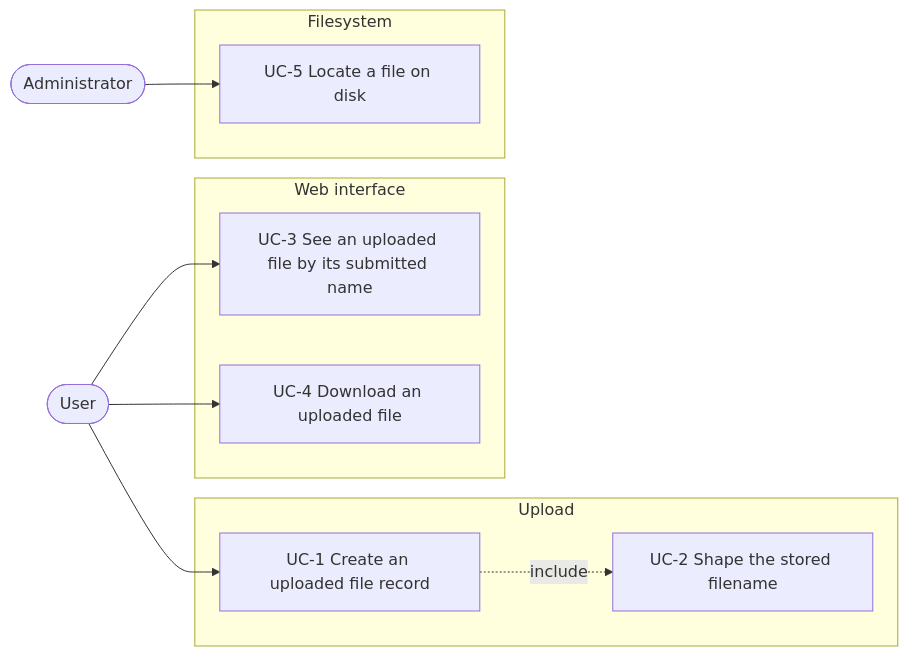
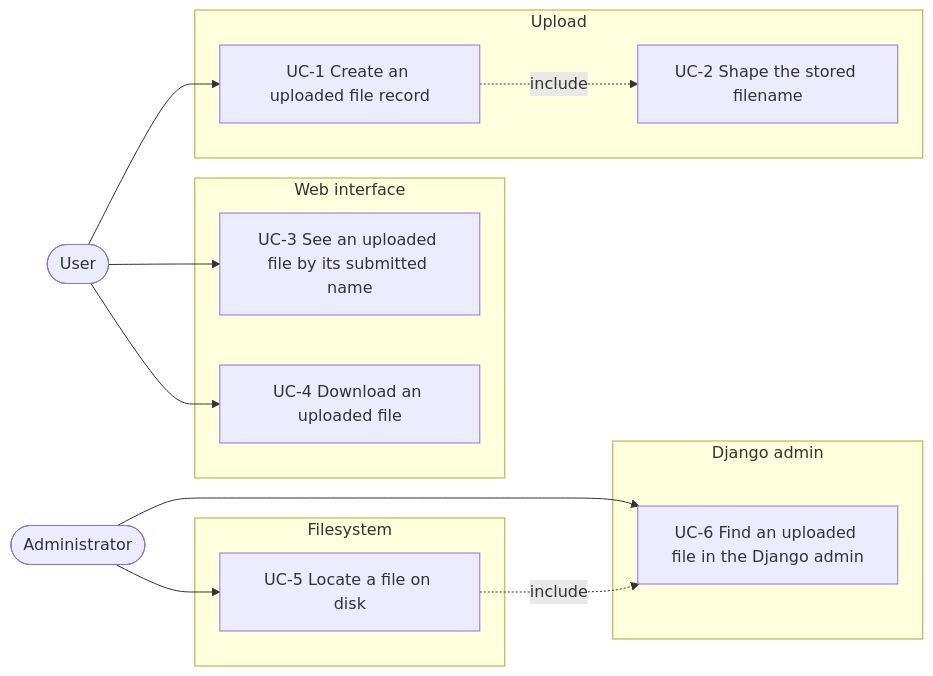
One commit to asr4memory/mmt-py changed the first of 2 diagrams in specs/2026-08-31-ascii-filenames.md. Above: the diagram before and after it, drawn with Mermaid. The commit also changed other lines of this file, not shown here.

````diff
--- a/specs/2026-08-31-ascii-filenames.md
+++ b/specs/2026-08-31-ascii-filenames.md
@@ -58,25 +60,31 @@
 ```mermaid
 flowchart LR
   user([User])
   admin([Administrator])
 
   subgraph upload["Upload"]
     uc1[UC-1 Create an uploaded file record]
     uc2[UC-2 Shape the stored filename]
   end
 
   subgraph interface["Web interface"]
     uc3[UC-3 See an uploaded file by its submitted name]
     uc4[UC-4 Download an uploaded file]
   end
 
   subgraph filesystem["Filesystem"]
     uc5[UC-5 Locate a file on disk]
   end
 
+  subgraph djangoadmin["Django admin"]
+    uc6[UC-6 Find an uploaded file in the Django admin]
+  end
+
   user --> uc1
   user --> uc3
   user --> uc4
   admin --> uc5
+  admin --> uc6
   uc1 -. include .-> uc2
+  uc5 -. include .-> uc6
 ```
````
